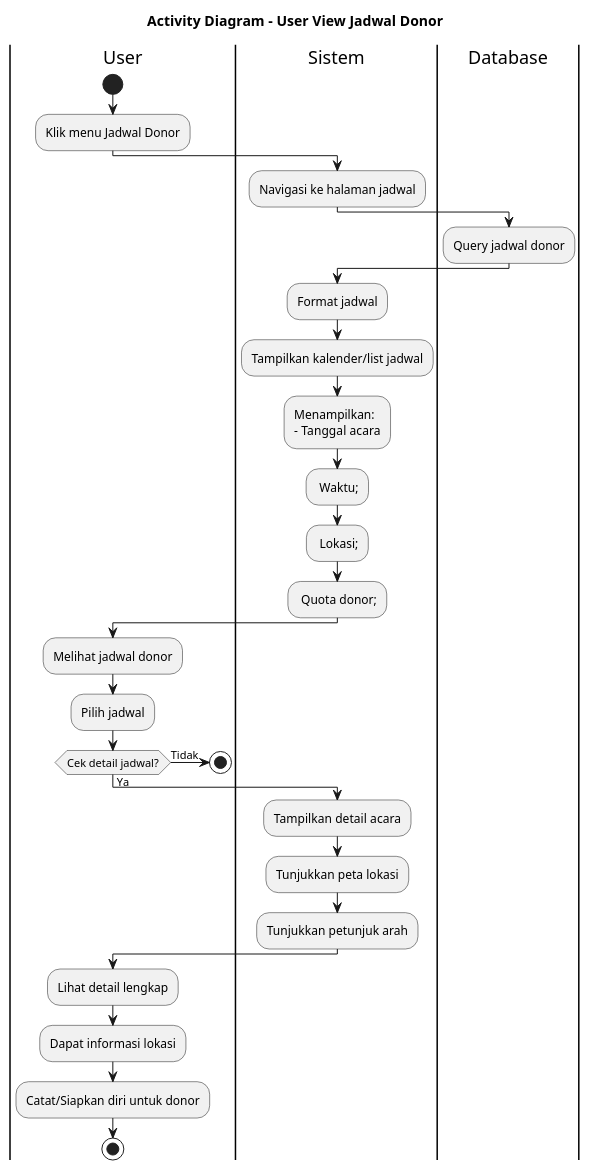
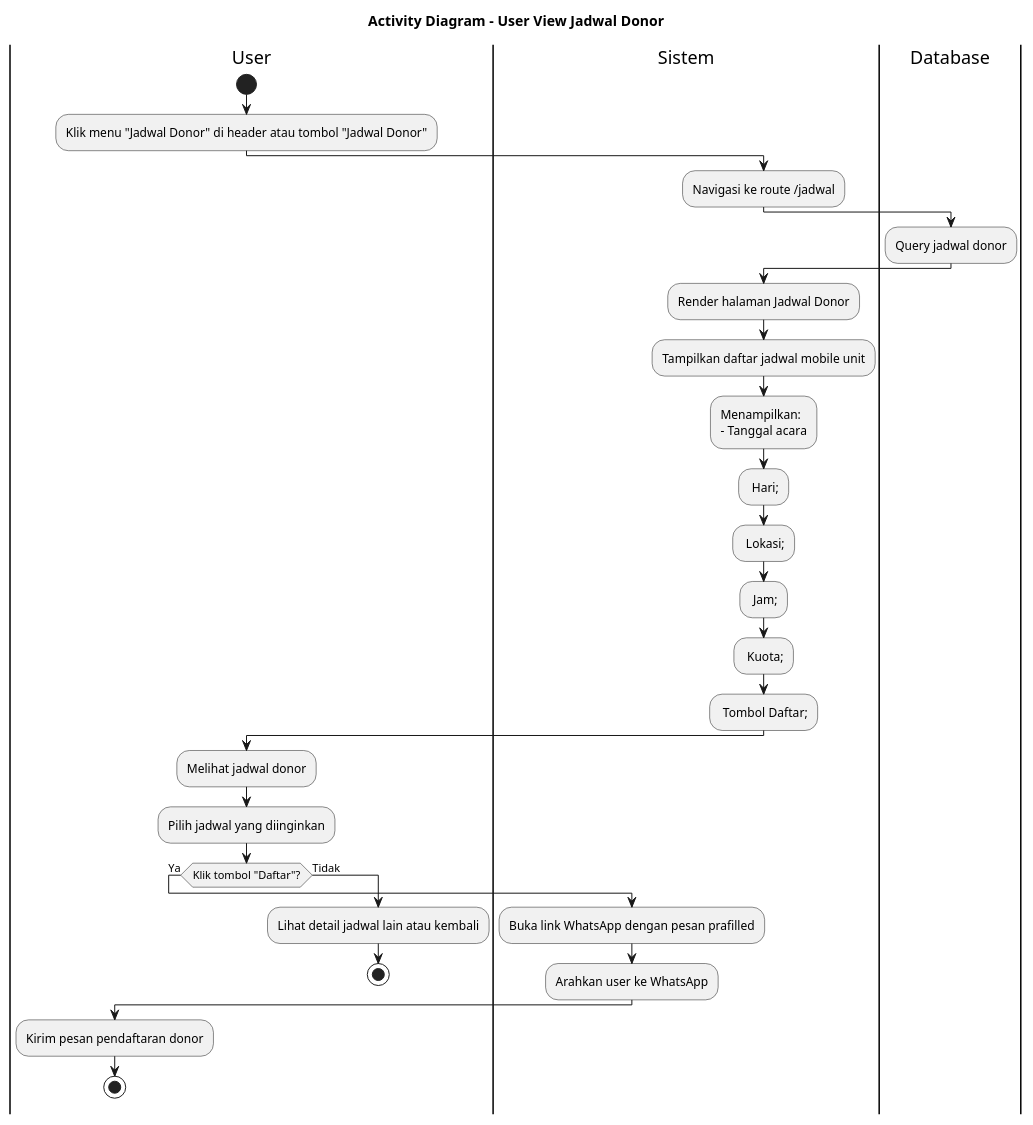
Before and after one commit to jaddu17/capstonepmikp: the diagram in diagram/activitydiagram_user_view_jadwal.puml, drawn with PlantUML. The commit also changed 6 other files, not shown here.

```diff
--- a/diagram/activitydiagram_user_view_jadwal.puml
+++ b/diagram/activitydiagram_user_view_jadwal.puml
@@ -1,44 +1,43 @@
 @startuml ACTIVITY_DIAGRAM_USER_VIEW_JADWAL
 title Activity Diagram - User View Jadwal Donor
 
 |User|
 start
-:Klik menu Jadwal Donor;
+:Klik menu "Jadwal Donor" di header atau tombol "Jadwal Donor";
 
 |Sistem|
-:Navigasi ke halaman jadwal;
+:Navigasi ke route /jadwal;
 
 |Database|
 :Query jadwal donor;
 
 |Sistem|
-:Format jadwal;
-:Tampilkan kalender/list jadwal;
+:Render halaman Jadwal Donor;
+:Tampilkan daftar jadwal mobile unit;
 :Menampilkan:
 - Tanggal acara;
-- Waktu;
+- Hari;
 - Lokasi;
-- Quota donor;
+- Jam;
+- Kuota;
+- Tombol Daftar;
 
 |User|
 :Melihat jadwal donor;
-:Pilih jadwal;
+:Pilih jadwal yang diinginkan;
 
-if (Cek detail jadwal?) then (Ya)
+if (Klik tombol "Daftar"?) then (Ya)
   |Sistem|
-  :Tampilkan detail acara;
-  :Tunjukkan peta lokasi;
-  :Tunjukkan petunjuk arah;
+  :Buka link WhatsApp dengan pesan prafilled;
+  :Arahkan user ke WhatsApp;
 
   |User|
-  :Lihat detail lengkap;
-  :Dapat informasi lokasi;
+  :Kirim pesan pendaftaran donor;
+  stop
 else (Tidak)
+  |User|
+  :Lihat detail jadwal lain atau kembali;
   stop
 endif
 
-|User|
-:Catat/Siapkan diri untuk donor;
-stop
-
 @enduml
```
